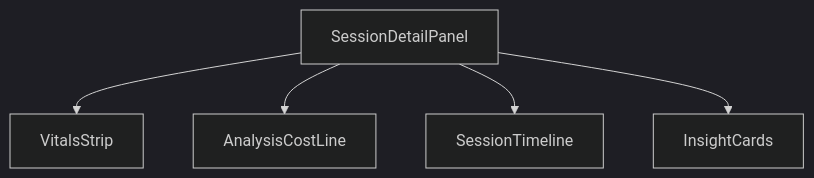
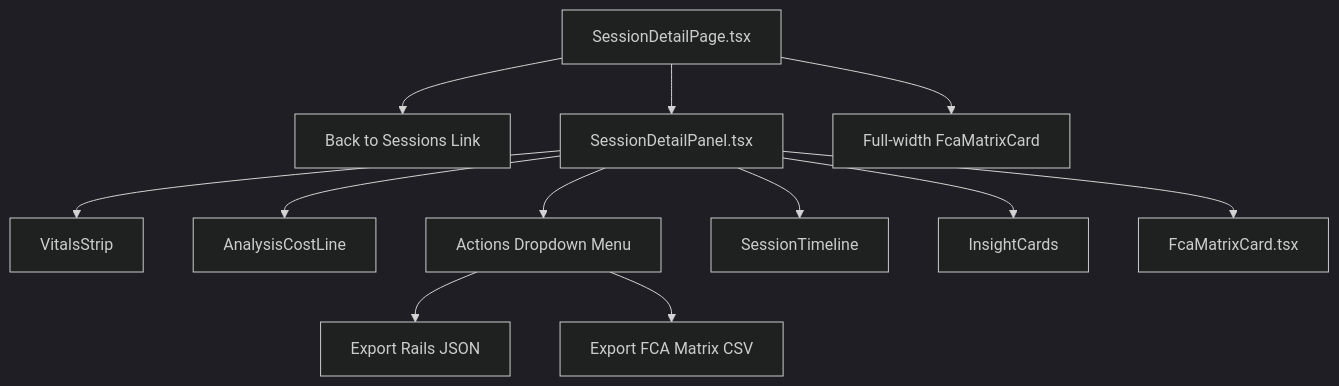
Before and after one commit to b08x/code-insights: the second of 4 diagrams in docs/modules/dashboard.md, drawn with Mermaid (dark theme). The commit also changed other lines of this file and 32 other files, not shown here.

Commit message:
✨ feat: distinguish agent vs user decisions and export FCA step matrix

````diff
--- a/docs/modules/dashboard.md
+++ b/docs/modules/dashboard.md
@@ -23,7 +23,14 @@
 ```mermaid
 flowchart TD
-    SessionDetail[SessionDetailPanel] --> VitalsStrip[VitalsStrip]
+    SessionPage[SessionDetailPage.tsx] --> BackNav[Back to Sessions Link]
+    SessionPage --> SessionDetail[SessionDetailPanel.tsx]
+    SessionDetail --> VitalsStrip[VitalsStrip]
     SessionDetail --> AnalysisCostLine[AnalysisCostLine]
+    SessionDetail --> ActionsMenu[Actions Dropdown Menu]
+    ActionsMenu --> ExportRails[Export Rails JSON]
+    ActionsMenu --> ExportFca[Export FCA Matrix CSV]
     SessionDetail --> SessionTimeline[SessionTimeline]
     SessionDetail --> InsightCards[InsightCards]
+    SessionDetail --> FcaMatrixCard[FcaMatrixCard.tsx]
+    SessionPage --> FcaMatrixContainer[Full-width FcaMatrixCard]
 ```
````
